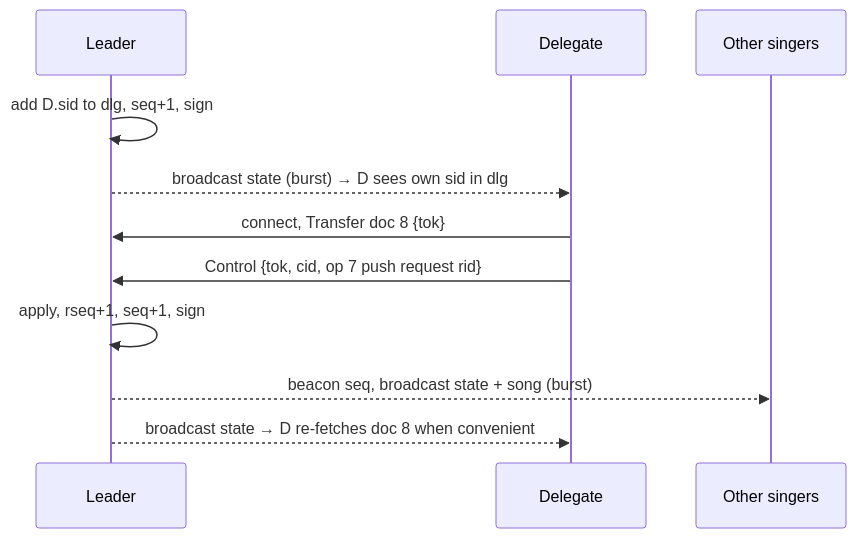
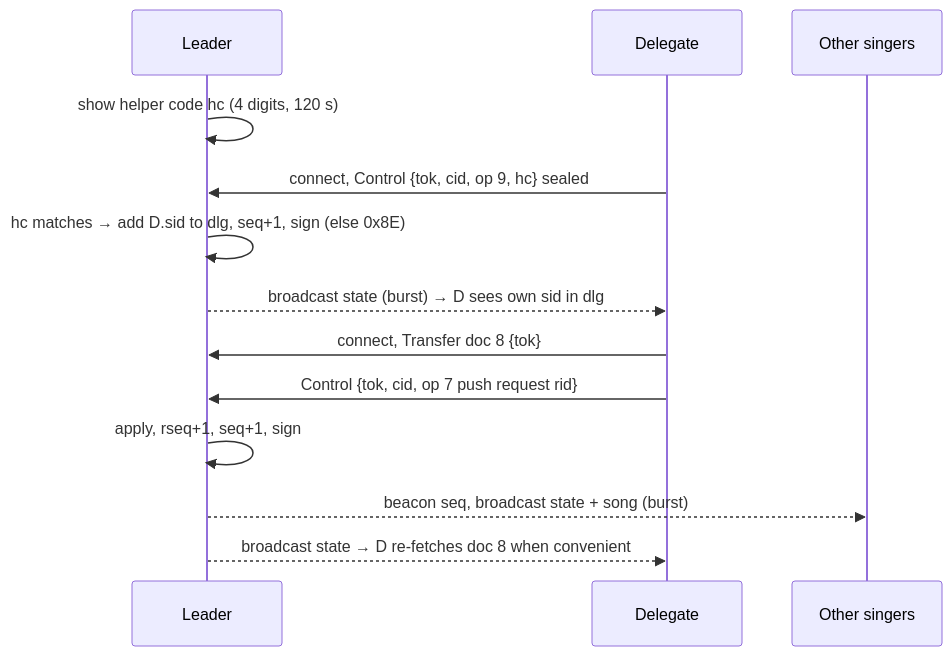
One commit to pe1mew/Zangbundel changed the second of 2 diagrams in design/ble-protocol.md. Above: the diagram before and after it, drawn with Mermaid. The commit also changed other lines of this file and 10 other files, not shown here.

Commit message:
FRD v0.9, GUI design v0.7, song format v0.3, BLE v0.11 with helper code and leave, sequence diagrams

````diff
--- a/design/ble-protocol.md
+++ b/design/ble-protocol.md
@@ -749,13 +758,15 @@
 ```mermaid
 sequenceDiagram
   participant L as Leader
   participant D as Delegate
   participant S as Other singers
-  L->>L: add D.sid to dlg, seq+1, sign
+  L->>L: show helper code hc (4 digits, 120 s)
+  D->>L: connect, Control {tok, cid, op 9, hc} sealed
+  L->>L: hc matches → add D.sid to dlg, seq+1, sign (else 0x8E)
   L-->>D: broadcast state (burst) → D sees own sid in dlg
   D->>L: connect, Transfer doc 8 {tok}
   D->>L: Control {tok, cid, op 7 push request rid}
   L->>L: apply, rseq+1, seq+1, sign
   L-->>S: beacon seq, broadcast state + song (burst)
   L-->>D: broadcast state → D re-fetches doc 8 when convenient
 ```
````
